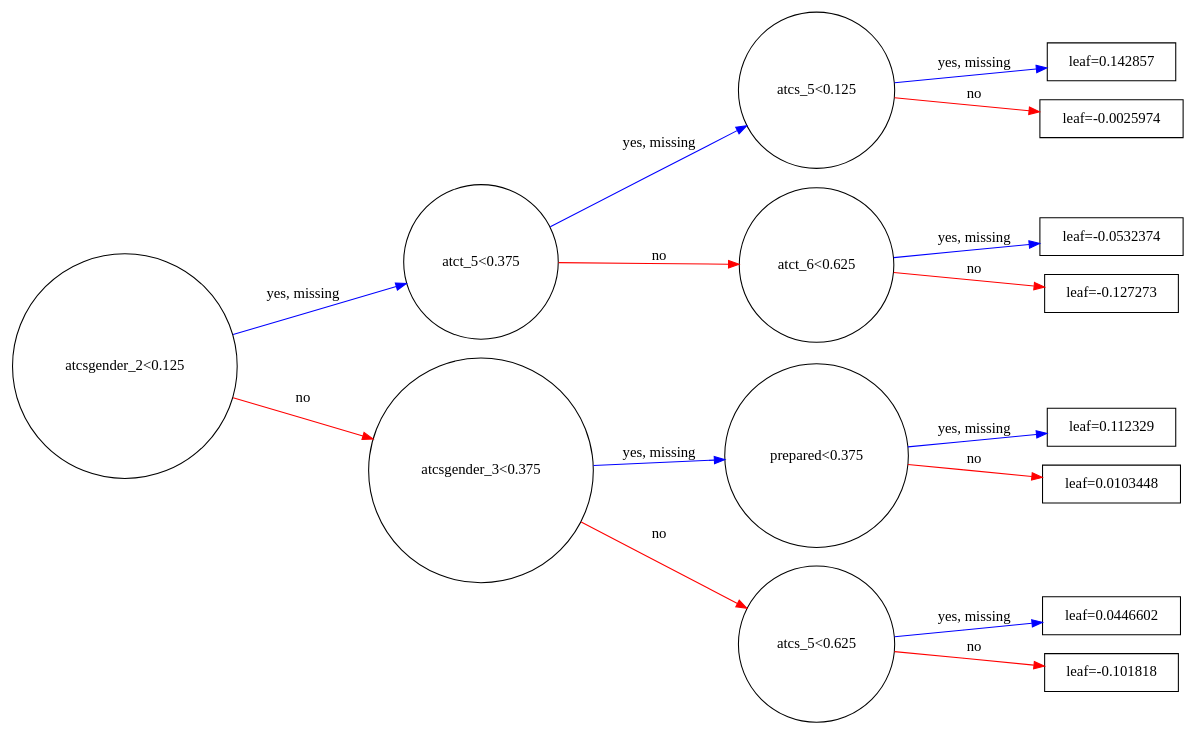
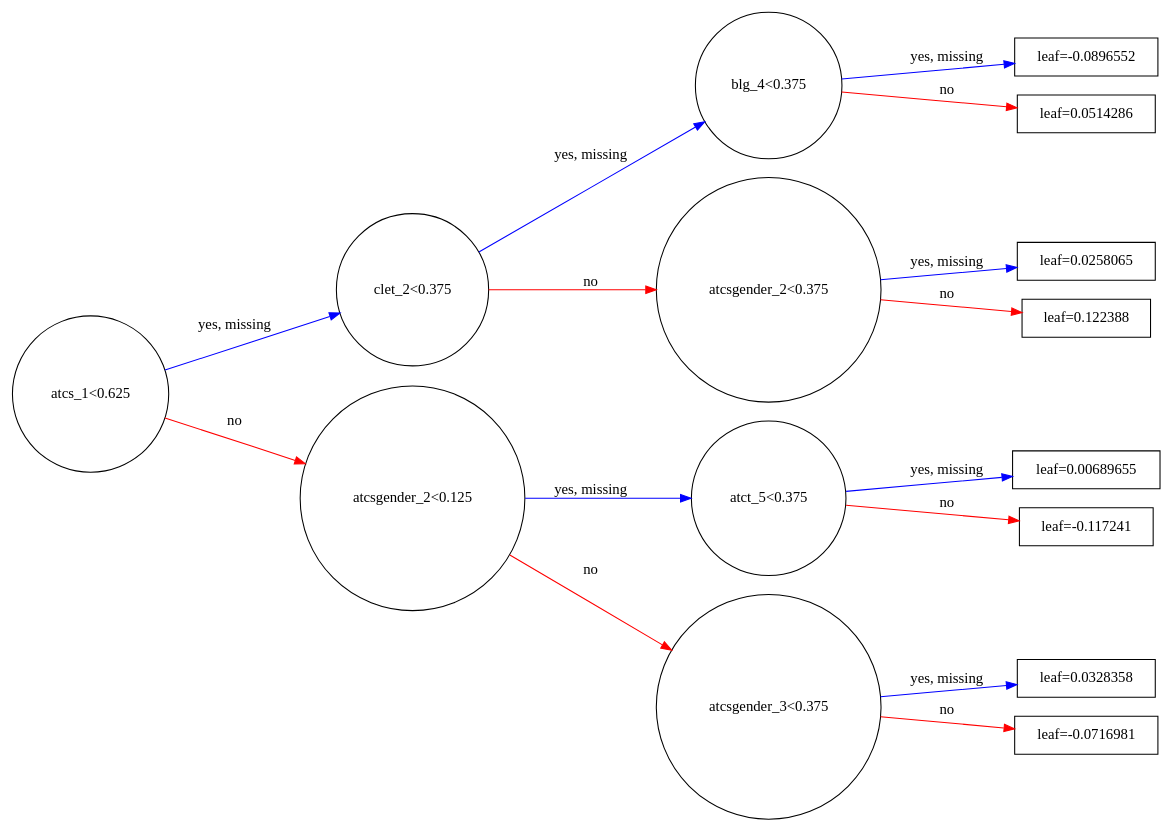
One commit to omoju/IntroCSExperiencePrediction changed the diagram in report/figures/X_graph.gv. Above: the diagram before and after it, drawn with Graphviz. The commit also changed 6 other files, not shown here.

```diff
--- a/report/figures/X_graph.gv
+++ b/report/figures/X_graph.gv
@@ -1,32 +1,32 @@
 digraph {
 	graph [rankdir=LR]
-		0 [label="atcsgender_2<0.125" shape=circle]
+		0 [label="atcs_1<0.625" shape=circle]
 			0 -> 1 [label="yes, missing" color="#0000FF"]
 			0 -> 2 [label=no color="#FF0000"]
-		1 [label="atct_5<0.375" shape=circle]
+		1 [label="clet_2<0.375" shape=circle]
 			1 -> 3 [label="yes, missing" color="#0000FF"]
 			1 -> 4 [label=no color="#FF0000"]
-		3 [label="atcs_5<0.125" shape=circle]
+		3 [label="blg_4<0.375" shape=circle]
 			3 -> 7 [label="yes, missing" color="#0000FF"]
 			3 -> 8 [label=no color="#FF0000"]
-		7 [label="leaf=0.142857" shape=box]
-		8 [label="leaf=-0.0025974" shape=box]
-		4 [label="atct_6<0.625" shape=circle]
+		7 [label="leaf=-0.0896552" shape=box]
+		8 [label="leaf=0.0514286" shape=box]
+		4 [label="atcsgender_2<0.375" shape=circle]
 			4 -> 9 [label="yes, missing" color="#0000FF"]
 			4 -> 10 [label=no color="#FF0000"]
-		9 [label="leaf=-0.0532374" shape=box]
-		10 [label="leaf=-0.127273" shape=box]
-		2 [label="atcsgender_3<0.375" shape=circle]
+		9 [label="leaf=0.0258065" shape=box]
+		10 [label="leaf=0.122388" shape=box]
+		2 [label="atcsgender_2<0.125" shape=circle]
 			2 -> 5 [label="yes, missing" color="#0000FF"]
 			2 -> 6 [label=no color="#FF0000"]
-		5 [label="prepared<0.375" shape=circle]
+		5 [label="atct_5<0.375" shape=circle]
 			5 -> 11 [label="yes, missing" color="#0000FF"]
 			5 -> 12 [label=no color="#FF0000"]
-		11 [label="leaf=0.112329" shape=box]
-		12 [label="leaf=0.0103448" shape=box]
-		6 [label="atcs_5<0.625" shape=circle]
+		11 [label="leaf=0.00689655" shape=box]
+		12 [label="leaf=-0.117241" shape=box]
+		6 [label="atcsgender_3<0.375" shape=circle]
 			6 -> 13 [label="yes, missing" color="#0000FF"]
 			6 -> 14 [label=no color="#FF0000"]
-		13 [label="leaf=0.0446602" shape=box]
-		14 [label="leaf=-0.101818" shape=box]
+		13 [label="leaf=0.0328358" shape=box]
+		14 [label="leaf=-0.0716981" shape=box]
 }
```
